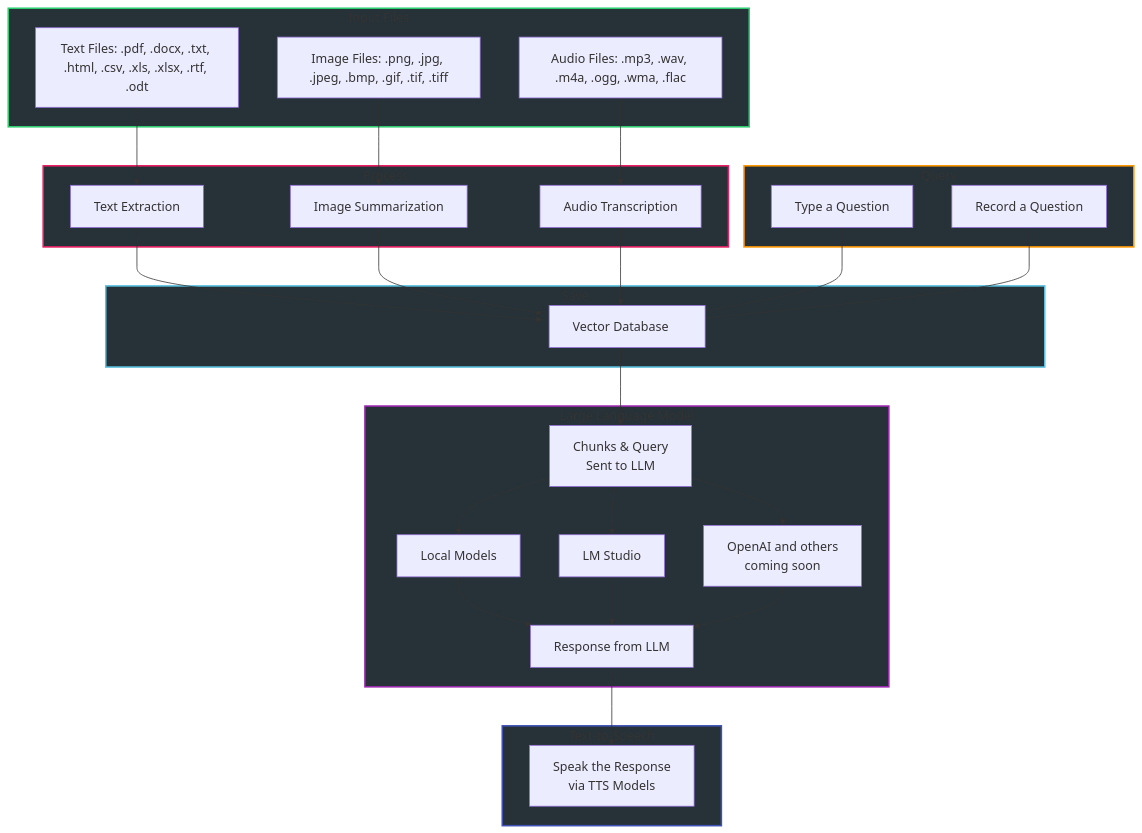
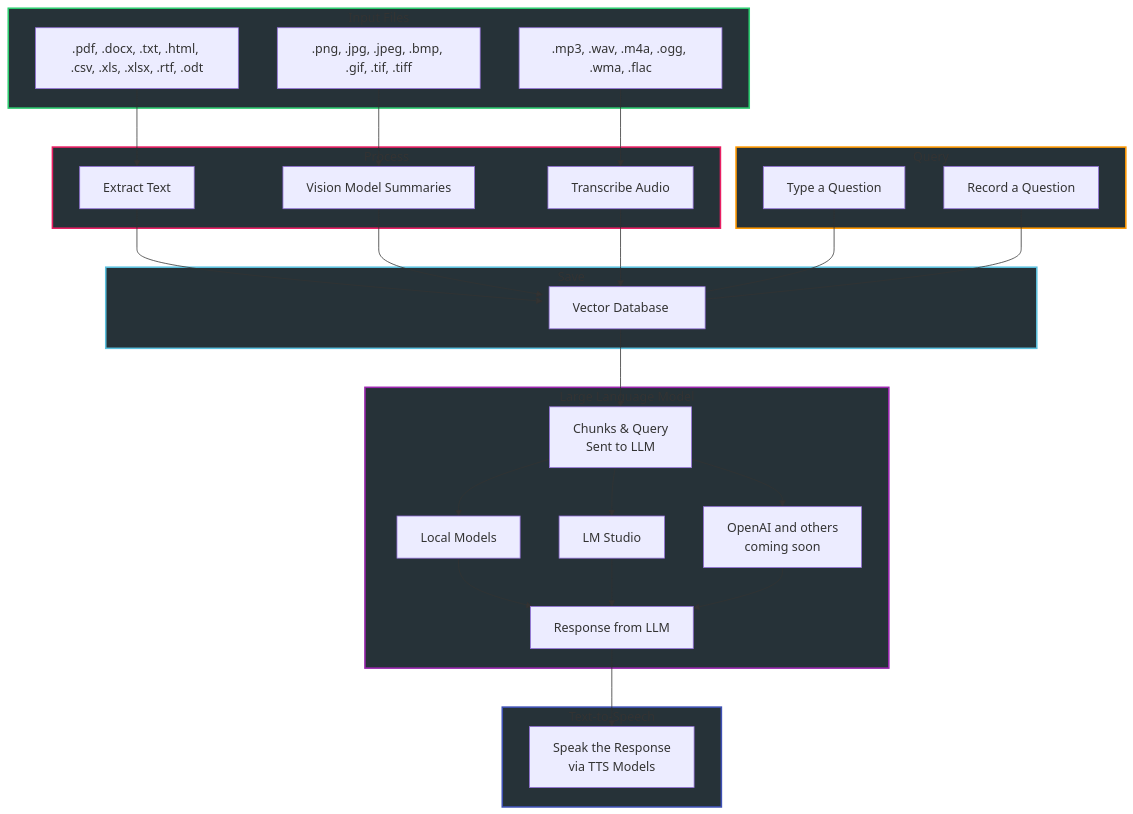
The diagram in README.md (BBC-Esq/VectorDB-Plugin-for-LM-Studio), drawn with Mermaid before and after one commit.

````diff
--- a/README.md
+++ b/README.md
@@ -18,53 +18,53 @@
 ```mermaid
 graph TD
     subgraph InputFiles [Input Files]
-        A[Text Files: .pdf, .docx, .txt, .html, .csv, .xls, .xlsx, .rtf, .odt]
-        B[Image Files: .png, .jpg, .jpeg, .bmp, .gif, .tif, .tiff]
-        C[Audio Files: .mp3, .wav, .m4a, .ogg, .wma, .flac]
+        A[.pdf, .docx, .txt, .html, .csv, .xls, .xlsx, .rtf, .odt]
+        B[.png, .jpg, .jpeg, .bmp, .gif, .tif, .tiff]
+        C[.mp3, .wav, .m4a, .ogg, .wma, .flac]
     end
     style InputFiles fill:#263238,stroke:#2ecc71,stroke-width:2px
     subgraph Processing [Process]
-        D[Text Extraction]
-        E[Image Summarization]
-        F[Audio Transcription]
+        D[Extract Text]
+        E[Vision Model Summaries]
+        F[Transcribe Audio]
     end
     style Processing fill:#263238,stroke:#e91e63,stroke-width:2px
     subgraph Output [Save]
         G[Vector Database]:::minWidth
     end
     style Output fill:#263238,stroke:#5bc0de,stroke-width:2px
     subgraph Search [Query]
         H[Type a Question]
         I[Record a Question]
     end
     style Search fill:#263238,stroke:#ff9800,stroke-width:2px
     subgraph LLM [Large Language Model]
         J[Chunks & Query<br>Sent to LLM]
         K1[Local Models]
         K2[LM Studio]
         K3[OpenAI and others<br/>coming soon]
         K[Response from LLM]
         K1 --> K
         K2 --> K
         K3 --> K
     end
     style LLM fill:#263238,stroke:#9c27b0,stroke-width:2px
     subgraph TTS [Text-to-Speech]
         L[Speak the Response<br>via TTS Models]
     end
     style TTS fill:#263238,stroke:#3f51b5,stroke-width:2px
     classDef minWidth width:200px
     A --> D
     B --> E
     C --> F
     D --> G
     E --> G
     F --> G
     H --> G
     I --> G
     G --> J
     J --> K1
     J --> K2
     J --> K3
     K --> L
 ```
````
